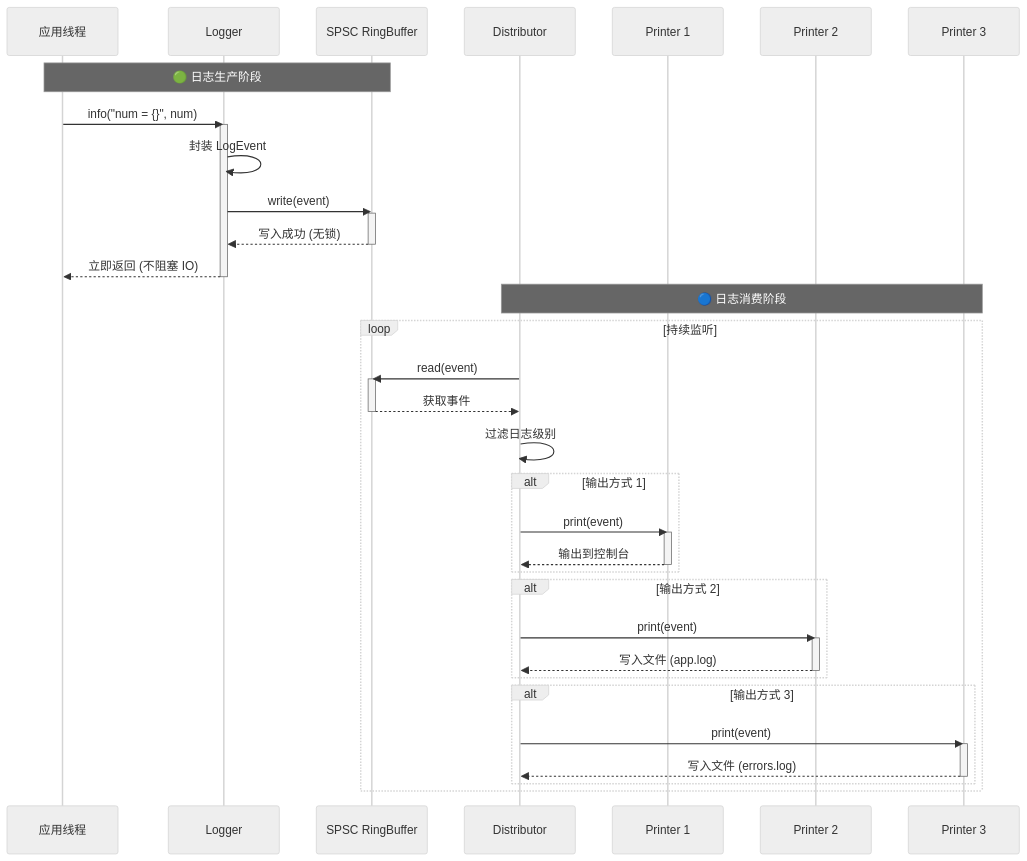
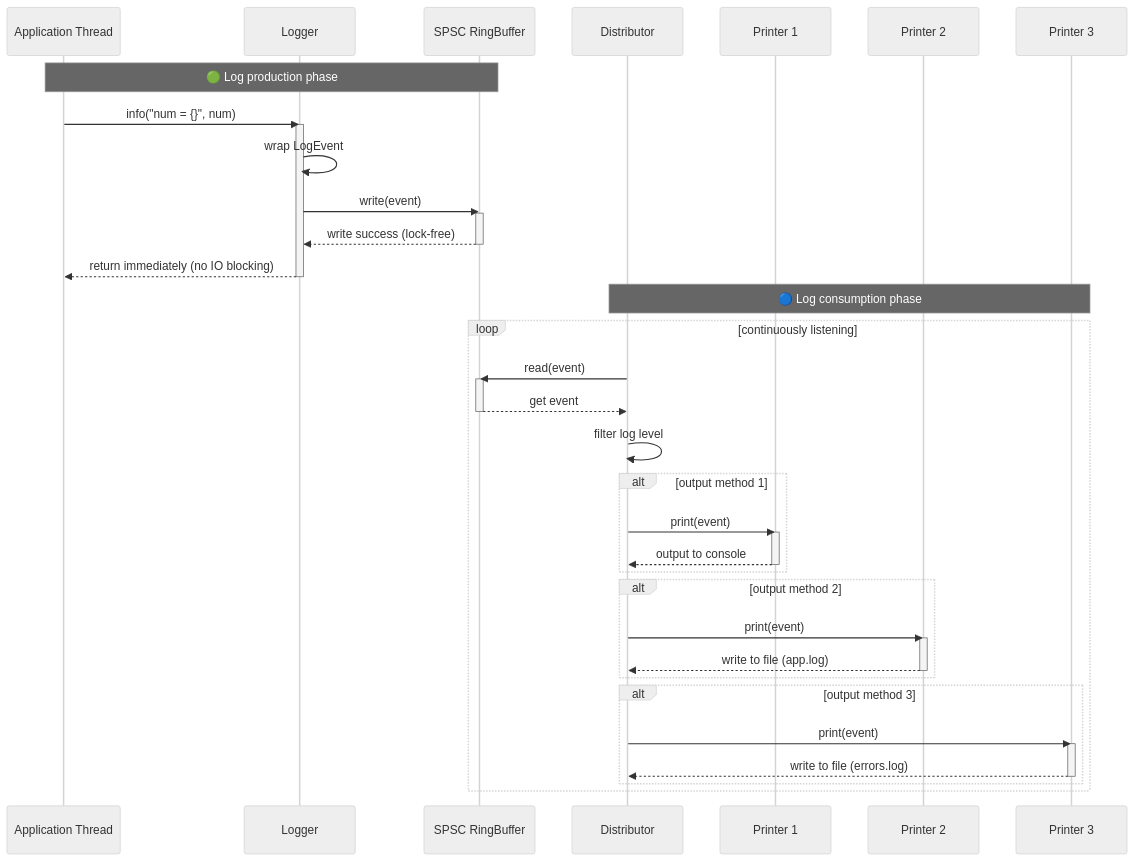
The second of 2 diagrams in docs/DEVELOPER.md (2059353675/TinyLogger), drawn with Mermaid (neutral theme) before and after one commit. The commit also changed other lines of this file and 11 other files, not shown here.

````diff
--- a/docs/DEVELOPER.md
+++ b/docs/DEVELOPER.md
@@ -119,49 +120,49 @@
 ```mermaid
 sequenceDiagram
-    participant App as 应用线程
+    participant App as Application Thread
     participant Logger as Logger
     participant Ring as SPSC RingBuffer
     participant Dist as Distributor
     participant P1 as Printer 1
     participant P2 as Printer 2
     participant P3 as Printer 3
 
-    Note over App, Ring: 🟢 日志生产阶段
+    Note over App, Ring: 🟢 Log production phase
     App->>Logger: info("num = {}", num);
     activate Logger
-    Logger->>Logger: 封装 LogEvent
+    Logger->>Logger: wrap LogEvent
     Logger->>Ring: write(event)
     activate Ring
-    Ring-->>Logger: 写入成功 (无锁)
+    Ring-->>Logger: write success (lock-free)
     deactivate Ring
-    Logger-->>App: 立即返回 (不阻塞 IO)
+    Logger-->>App: return immediately (no IO blocking)
     deactivate Logger
 
-    Note over Dist, P3: 🔵 日志消费阶段
-    loop 持续监听
+    Note over Dist, P3: 🔵 Log consumption phase
+    loop continuously listening
         Dist->>Ring: read(event)
         activate Ring
-        Ring-->>Dist: 获取事件
+        Ring-->>Dist: get event
         deactivate Ring
         
-        Dist->>Dist: 过滤日志级别
-        alt 输出方式 1
+        Dist->>Dist: filter log level
+        alt output method 1
             Dist->>P1: print(event)
             activate P1
-            P1-->>Dist: 输出到控制台
+            P1-->>Dist: output to console
             deactivate P1
         end
-        alt 输出方式 2
+        alt output method 2
             Dist->>P2: print(event)
             activate P2
-            P2-->>Dist: 写入文件 (app.log)
+            P2-->>Dist: write to file (app.log)
             deactivate P2
         end
-        alt 输出方式 3
+        alt output method 3
             Dist->>P3: print(event)
             activate P3
-            P3-->>Dist: 写入文件 (errors.log)
+            P3-->>Dist: write to file (errors.log)
             deactivate P3
         end
     end
 ```
````
